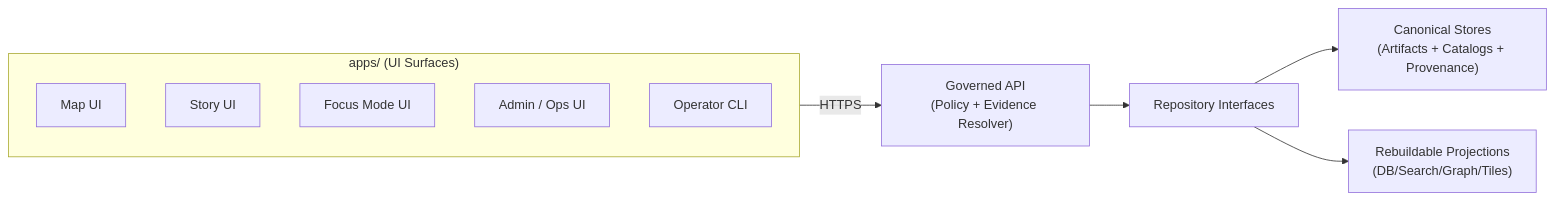
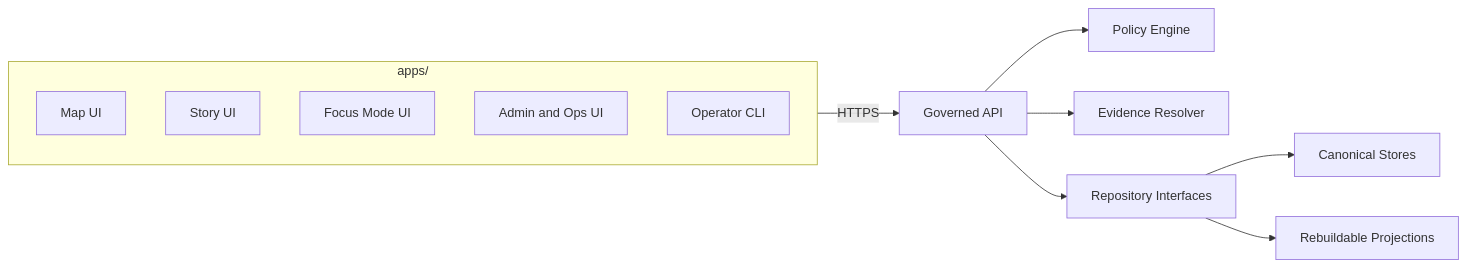
One commit to bartytime4life/Kansas-Frontier-Matrix changed the first of 2 diagrams in apps/README.md. Above: the diagram before and after it, drawn with Mermaid. The commit also changed other lines of this file, not shown here.

First line of the commit message:
Revise README for apps to version 2

````diff
--- a/apps/README.md
+++ b/apps/README.md
@@ -123,15 +182,17 @@
 ```mermaid
 flowchart LR
-  subgraph Apps["apps/ (UI Surfaces)"]
+  subgraph Apps["apps/"]
     Map["Map UI"]
     Story["Story UI"]
     Focus["Focus Mode UI"]
-    Admin["Admin / Ops UI"]
+    Admin["Admin and Ops UI"]
     CLI["Operator CLI"]
   end
 
-  Apps -->|HTTPS| API["Governed API<br/>(Policy + Evidence Resolver)"]
+  Apps -->|HTTPS| API["Governed API"]
+  API --> Policy["Policy Engine"]
+  API --> Evidence["Evidence Resolver"]
   API --> Repos["Repository Interfaces"]
-  Repos --> Canon["Canonical Stores<br/>(Artifacts + Catalogs + Provenance)"]
-  Repos --> Proj["Rebuildable Projections<br/>(DB/Search/Graph/Tiles)"]
+  Repos --> Canon["Canonical Stores"]
+  Repos --> Proj["Rebuildable Projections"]
 ```
````
